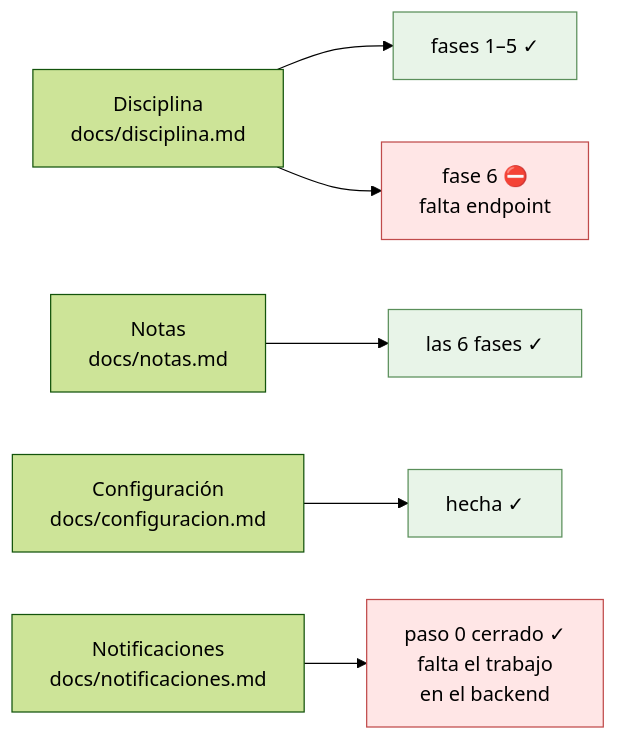
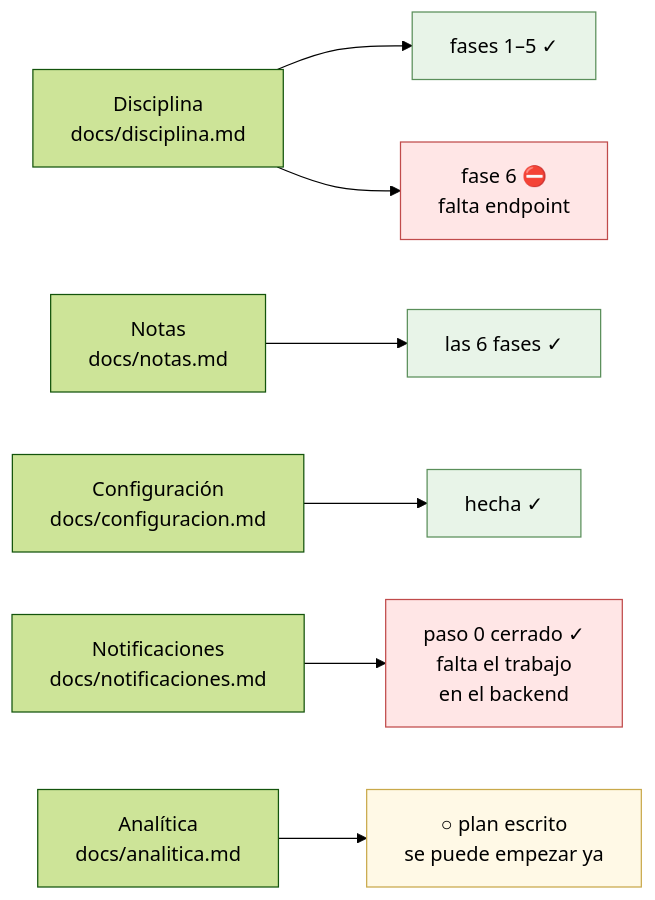
Before and after one commit to bluesky777/myvc_flutter: the diagram in docs/estado.md, drawn with Mermaid (forest theme). The commit also changed other lines of this file and 3 other files, not shown here.

First line of the commit message:
docs(analitica): el plan de Google Analytics, con sus dos líneas rojas

````diff
--- a/docs/estado.md
+++ b/docs/estado.md
@@ -14,14 +14,16 @@
 ```mermaid
 flowchart LR
     D["Disciplina<br/>docs/disciplina.md"] --> D5["fases 1–5 ✓"]
     D --> D6["fase 6 ⛔<br/>falta endpoint"]
     N["Notas<br/>docs/notas.md"] --> N4["las 6 fases ✓"]
     C["Configuración<br/>docs/configuracion.md"] --> C0["hecha ✓"]
     P["Notificaciones<br/>docs/notificaciones.md"] --> P0["paso 0 cerrado ✓<br/>falta el trabajo<br/>en el backend"]
+    A["Analítica<br/>docs/analitica.md"] --> A0["○ plan escrito<br/>se puede empezar ya"]
 
     style D5 fill:#e8f4e8,stroke:#5a8f5a
     style N4 fill:#e8f4e8,stroke:#5a8f5a
     style D6 fill:#ffe6e6,stroke:#c04b4b
     style P0 fill:#ffe6e6,stroke:#c04b4b
     style C0 fill:#e8f4e8,stroke:#5a8f5a
+    style A0 fill:#fff9e6,stroke:#c9a94b
 ```
````
